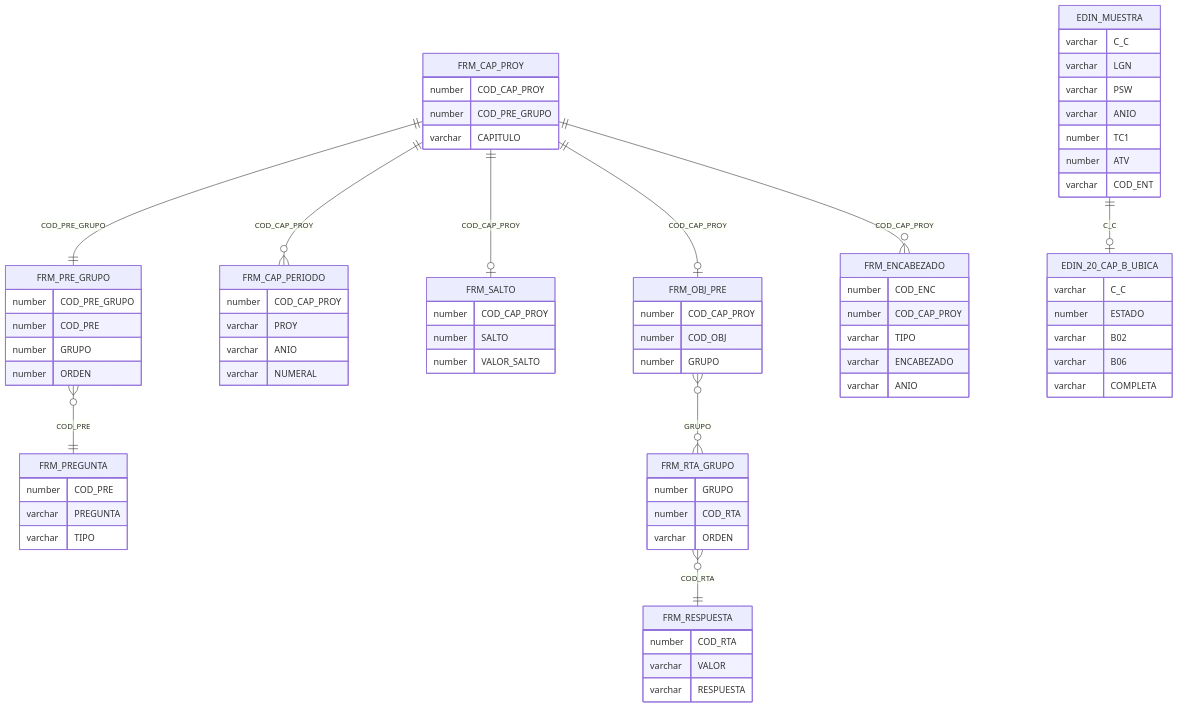
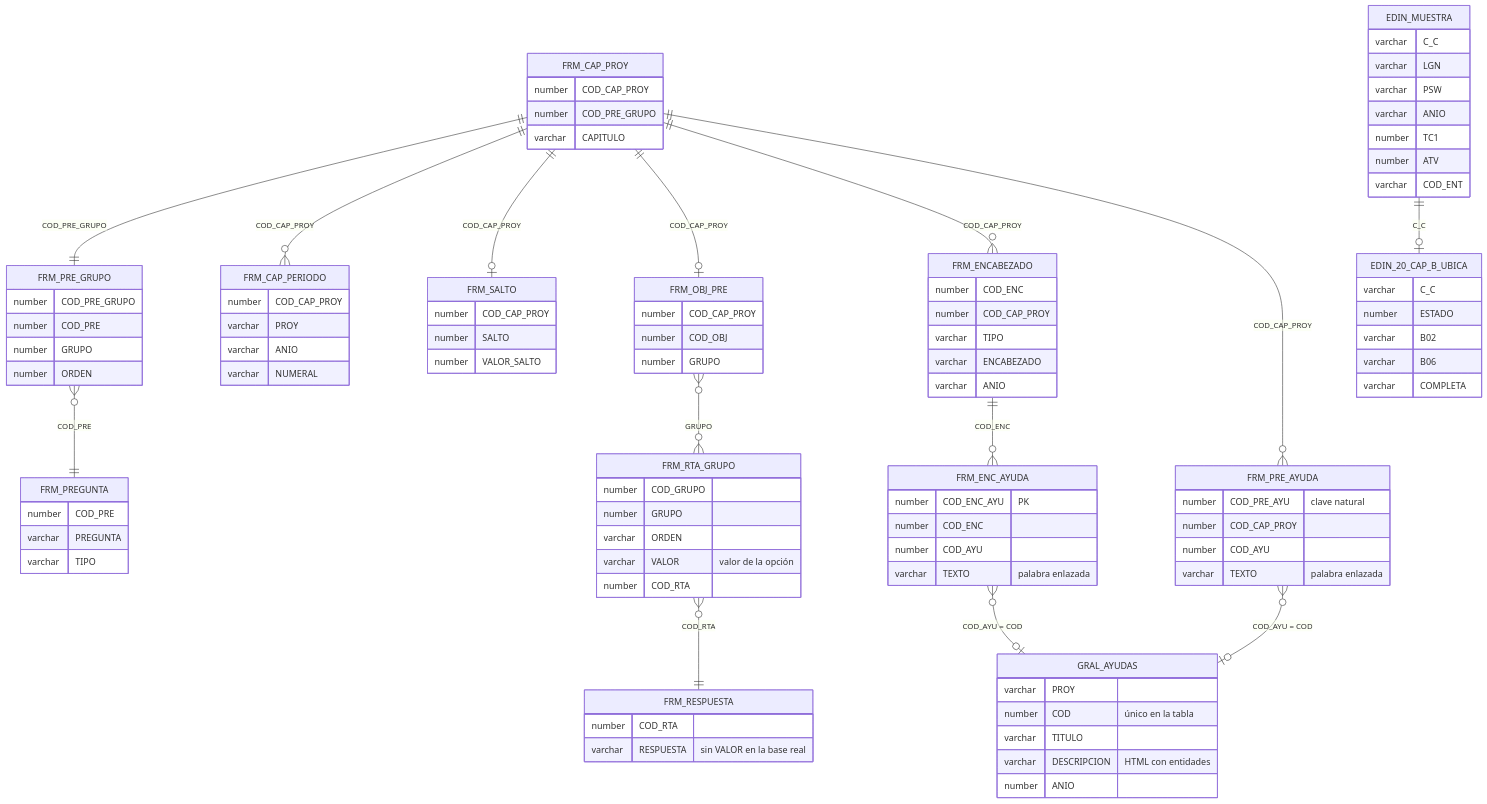
One commit to xiliosd/EDIS changed the diagram in docs/diagramas/mer-tablas-usadas.md. Above: the diagram before and after it, drawn with Mermaid. The commit also changed other lines of this file and 3 other files, not shown here.

First line of the commit message:
docs: ajuste al DDL real de DANE_DIRPEN (opciones y ayudas)

```diff
--- a/docs/diagramas/mer-tablas-usadas.md
+++ b/docs/diagramas/mer-tablas-usadas.md
@@ -12,6 +16,10 @@
   FRM_CAP_PROY ||--o{ FRM_ENCABEZADO : "COD_CAP_PROY"
   FRM_OBJ_PRE }o--o{ FRM_RTA_GRUPO : "GRUPO"
   FRM_RTA_GRUPO }o--|| FRM_RESPUESTA : "COD_RTA"
+  FRM_CAP_PROY ||--o{ FRM_PRE_AYUDA : "COD_CAP_PROY"
+  FRM_ENCABEZADO ||--o{ FRM_ENC_AYUDA : "COD_ENC"
+  FRM_PRE_AYUDA }o--o| GRAL_AYUDAS : "COD_AYU = COD"
+  FRM_ENC_AYUDA }o--o| GRAL_AYUDAS : "COD_AYU = COD"
   EDIN_MUESTRA ||--o| EDIN_20_CAP_B_UBICA : "C_C"
   FRM_CAP_PROY {
     number COD_CAP_PROY
@@ -46,14 +54,34 @@
     number GRUPO
   }
   FRM_RTA_GRUPO {
+    number COD_GRUPO
     number GRUPO
+    varchar ORDEN
+    varchar VALOR "valor de la opción"
     number COD_RTA
-    varchar ORDEN
   }
   FRM_RESPUESTA {
     number COD_RTA
-    varchar VALOR
-    varchar RESPUESTA
+    varchar RESPUESTA "sin VALOR en la base real"
+  }
+  FRM_PRE_AYUDA {
+    number COD_PRE_AYU "clave natural"
+    number COD_CAP_PROY
+    number COD_AYU
+    varchar TEXTO "palabra enlazada"
+  }
+  FRM_ENC_AYUDA {
+    number COD_ENC_AYU "PK"
+    number COD_ENC
+    number COD_AYU
+    varchar TEXTO "palabra enlazada"
+  }
+  GRAL_AYUDAS {
+    varchar PROY
+    number COD "único en la tabla"
+    varchar TITULO
+    varchar DESCRIPCION "HTML con entidades"
+    number ANIO
   }
   FRM_ENCABEZADO {
     number COD_ENC
```
